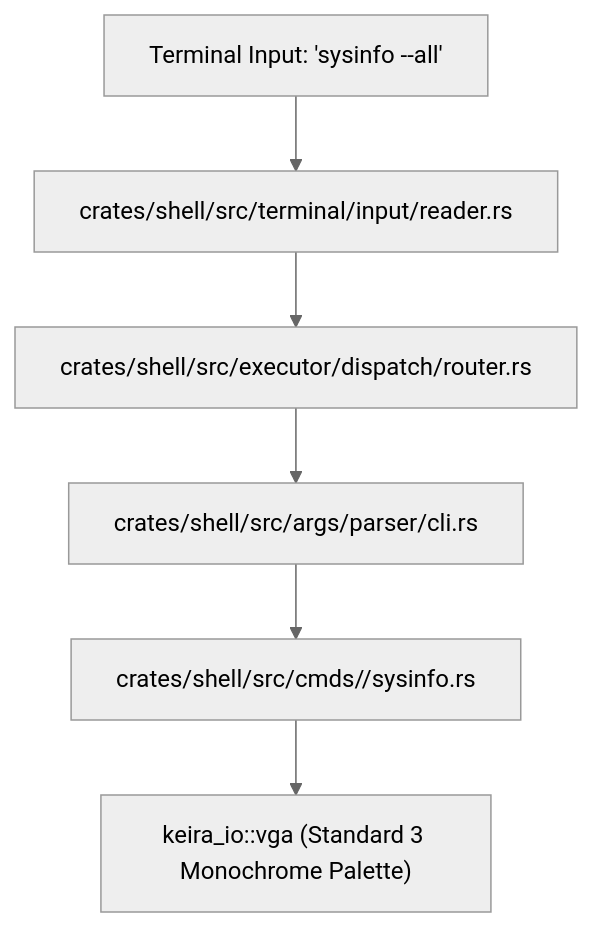
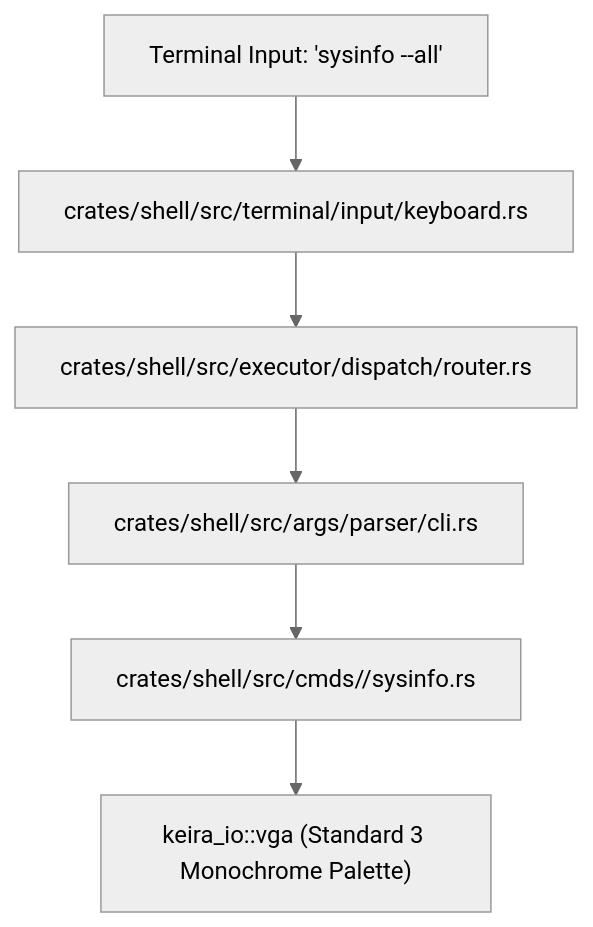
The diagram in docs/contributing/tutorials/adding_commands.md (mrvlous/keira), drawn with Mermaid (neutral theme) before and after one commit. The commit also changed other lines of this file, not shown here.

Commit message:
docs(shell): synchronize command tutorial with keyboard input and registry

````diff
--- a/docs/contributing/tutorials/adding_commands.md
+++ b/docs/contributing/tutorials/adding_commands.md
@@ -13,8 +13,8 @@
 ```mermaid
 graph TD
-    Input["Terminal Input: 'sysinfo --all'"] --> Parser["crates/shell/src/terminal/input/reader.rs"]
+    Input["Terminal Input: 'sysinfo --all'"] --> Parser["crates/shell/src/terminal/input/keyboard.rs"]
     Parser --> Dispatch["crates/shell/src/executor/dispatch/router.rs"]
     Dispatch --> CliArgs["crates/shell/src/args/parser/cli.rs"]
     CliArgs --> Handler["crates/shell/src/cmds/<category>/sysinfo.rs"]
     Handler --> VGA["keira_io::vga (Standard 3 Monochrome Palette)"]
 ```
````
